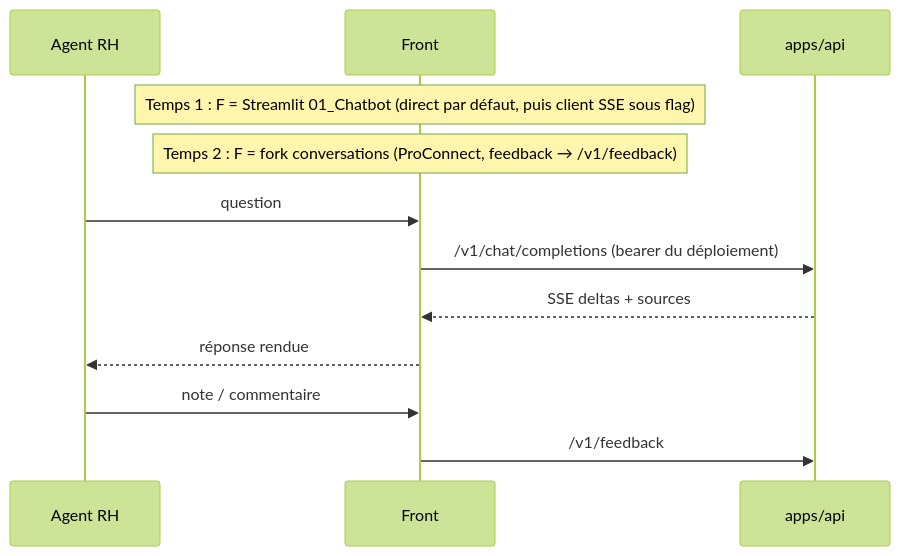
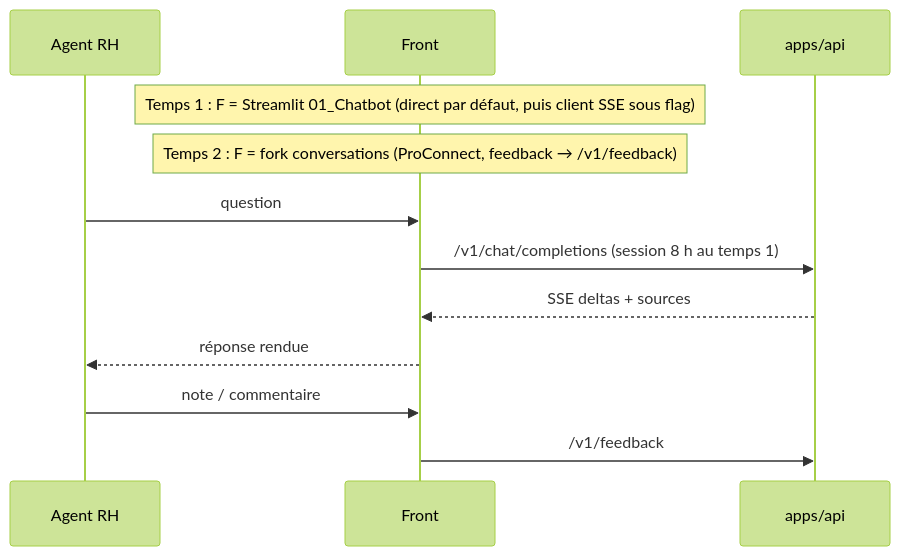
Before and after one commit to DGAFP/assistant-rh: the eighth of 8 diagrams in docs/architecture/hexagonal-split/03-sequence-diagrams.md, drawn with Mermaid (forest theme). The commit also changed other lines of this file and 8 other files, not shown here.

````diff
--- a/docs/architecture/hexagonal-split/03-sequence-diagrams.md
+++ b/docs/architecture/hexagonal-split/03-sequence-diagrams.md
@@ -145,14 +185,14 @@
 ```mermaid
 sequenceDiagram
     participant U as Agent RH
     participant F as Front
     participant API as apps/api
     Note over F: Temps 1 : F = Streamlit 01_Chatbot (direct par défaut, puis client SSE sous flag)
     Note over F: Temps 2 : F = fork conversations (ProConnect, feedback → /v1/feedback)
     U->>F: question
-    F->>API: /v1/chat/completions (bearer du déploiement)
+    F->>API: /v1/chat/completions (session 8 h au temps 1)
     API-->>F: SSE deltas + sources
     F-->>U: réponse rendue
     U->>F: note / commentaire
     F->>API: /v1/feedback
 ```
````
